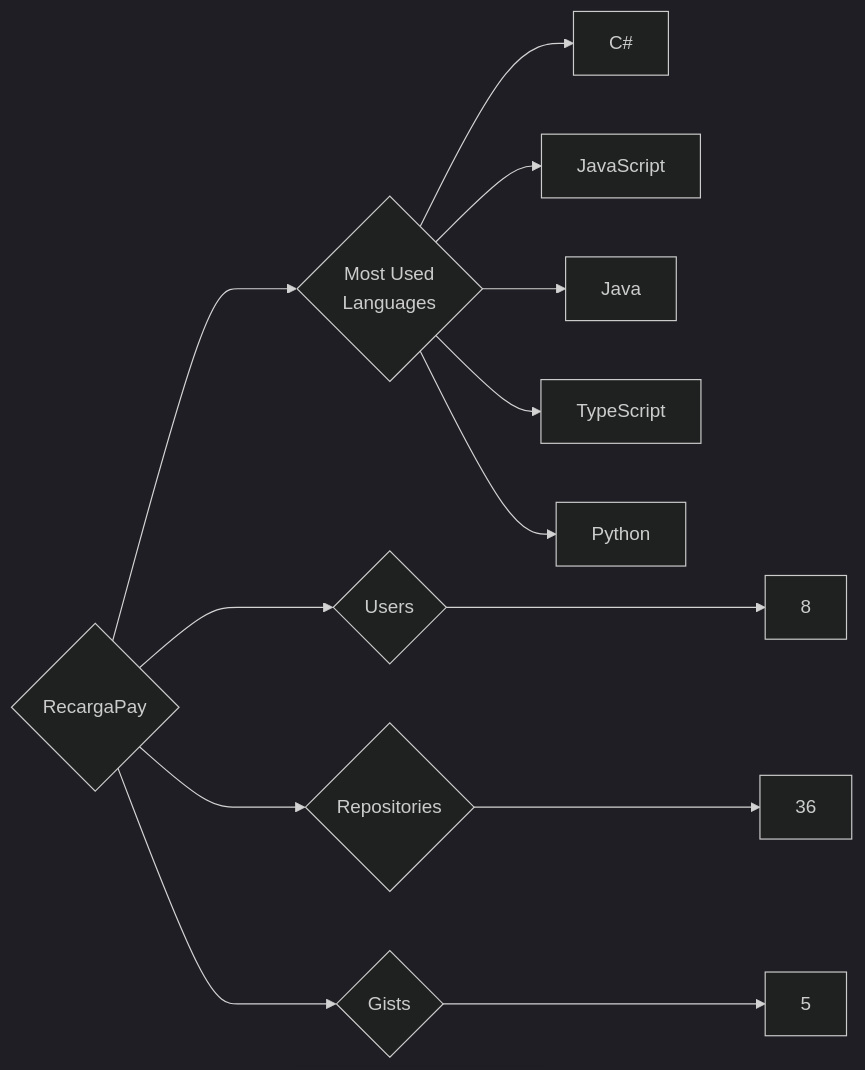
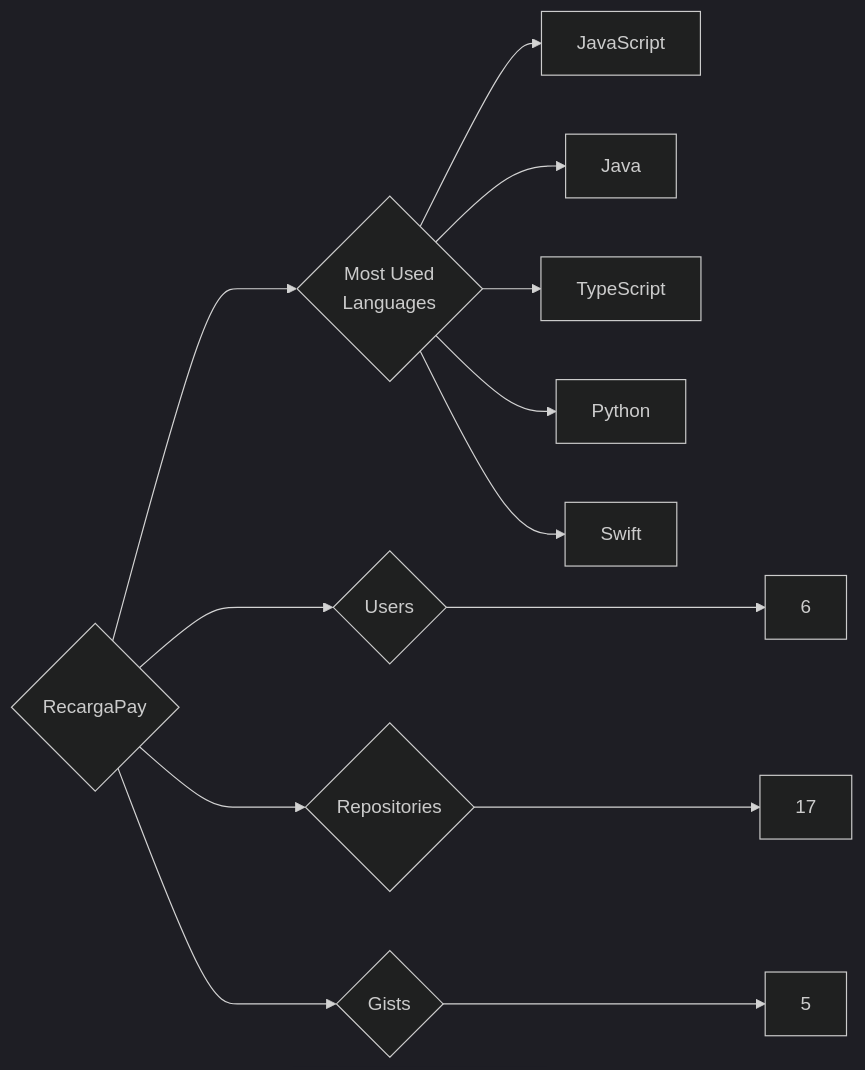
Before and after one commit to trickest/insiders: the diagram in targets/RecargaPay/README.md, drawn with Mermaid (dark theme). The commit also changed 1484 other files, not shown here.

````diff
--- a/targets/RecargaPay/README.md
+++ b/targets/RecargaPay/README.md
@@ -3,13 +3,13 @@
 ```mermaid
 graph LR
 COMPANY_NAME{RecargaPay}
-COMPANY_NAME ---> U{Users} ---> UN[8]
-COMPANY_NAME ---> R{Repositories} ---> RN[36]
+COMPANY_NAME ---> U{Users} ---> UN[6]
+COMPANY_NAME ---> R{Repositories} ---> RN[17]
 COMPANY_NAME ---> G{Gists} ---> GN[5]
 COMPANY_NAME ---> ML{Most Used<br>Languages}
-ML --> C#[C#]
 ML --> JavaScript[JavaScript]
 ML --> Java[Java]
 ML --> TypeScript[TypeScript]
 ML --> Python[Python]
+ML --> Swift[Swift]
 ```
````
